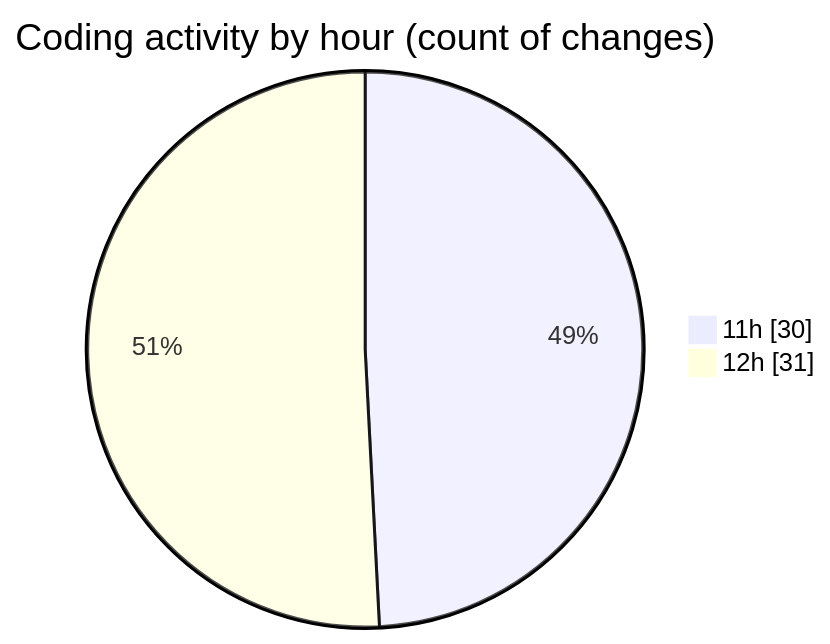
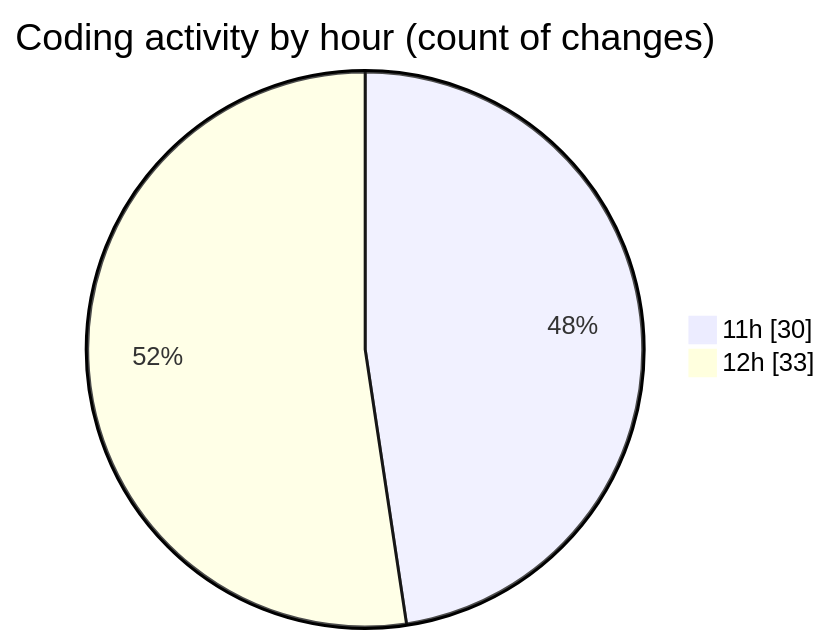
The second of 2 diagrams in 2025-07-13/argos/README.md (nxtqubesakshisongat/code-tracking), drawn with Mermaid before and after one commit. The commit also changed other lines of this file and 1 other file, not shown here.

````diff
--- a/2025-07-13/argos/README.md
+++ b/2025-07-13/argos/README.md
@@ -30,6 +30,6 @@
 ```mermaid
 pie showData
 title Coding activity by hour (count of changes)
 "11h" : 30
-"12h" : 31
+"12h" : 33
 ```
````
